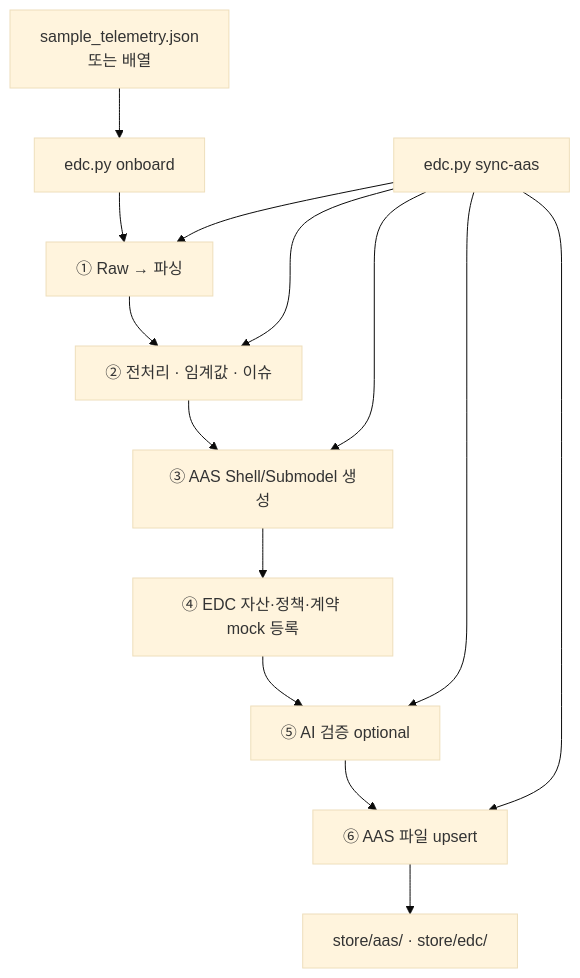
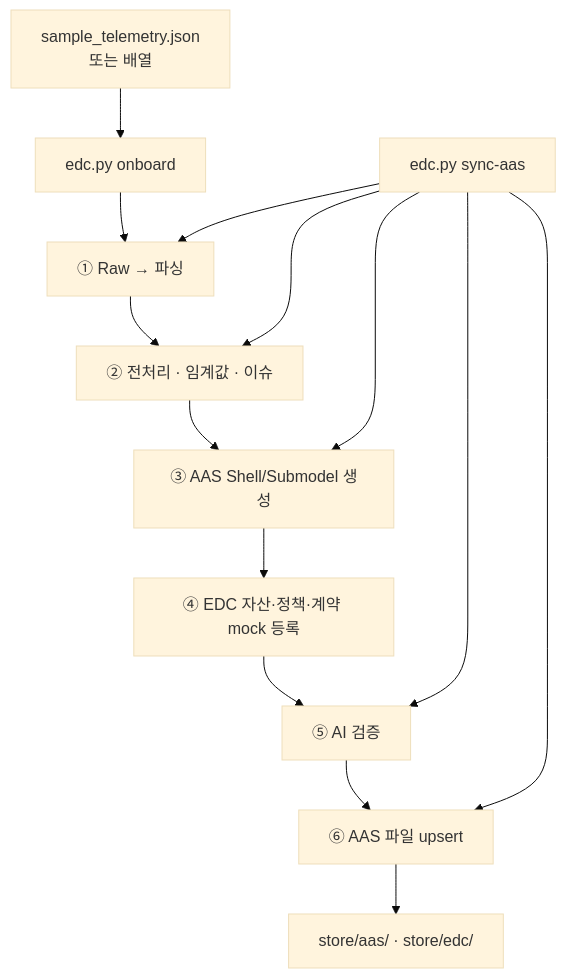
One commit to eunbijoel/eunbi-catena changed the third of 4 diagrams in catena-x/README.md. Above: the diagram before and after it, drawn with Mermaid (base theme). The commit also changed other lines of this file, not shown here.

````diff
--- a/catena-x/README.md
+++ b/catena-x/README.md
@@ -105,17 +105,17 @@
 ```mermaid
 flowchart TD
   P["sample_telemetry.json<br/>또는 배열"] --> Q["edc.py onboard"]
   Q --> S1["① Raw → 파싱"]
   S1 --> S2["② 전처리 · 임계값 · 이슈"]
   S2 --> S3["③ AAS Shell/Submodel 생성"]
   S3 --> S4["④ EDC 자산·정책·계약 mock 등록"]
-  S4 --> S5["⑤ AI 검증 optional"]
+  S4 --> S5["⑤ AI 검증"]
   S5 --> S6["⑥ AAS 파일 upsert"]
   S6 --> OUT["store/aas/ · store/edc/"]
 
   R["edc.py sync-aas"] --> S1
   R --> S2
   R --> S3
   R --> S5
   R --> S6
 ```
````
